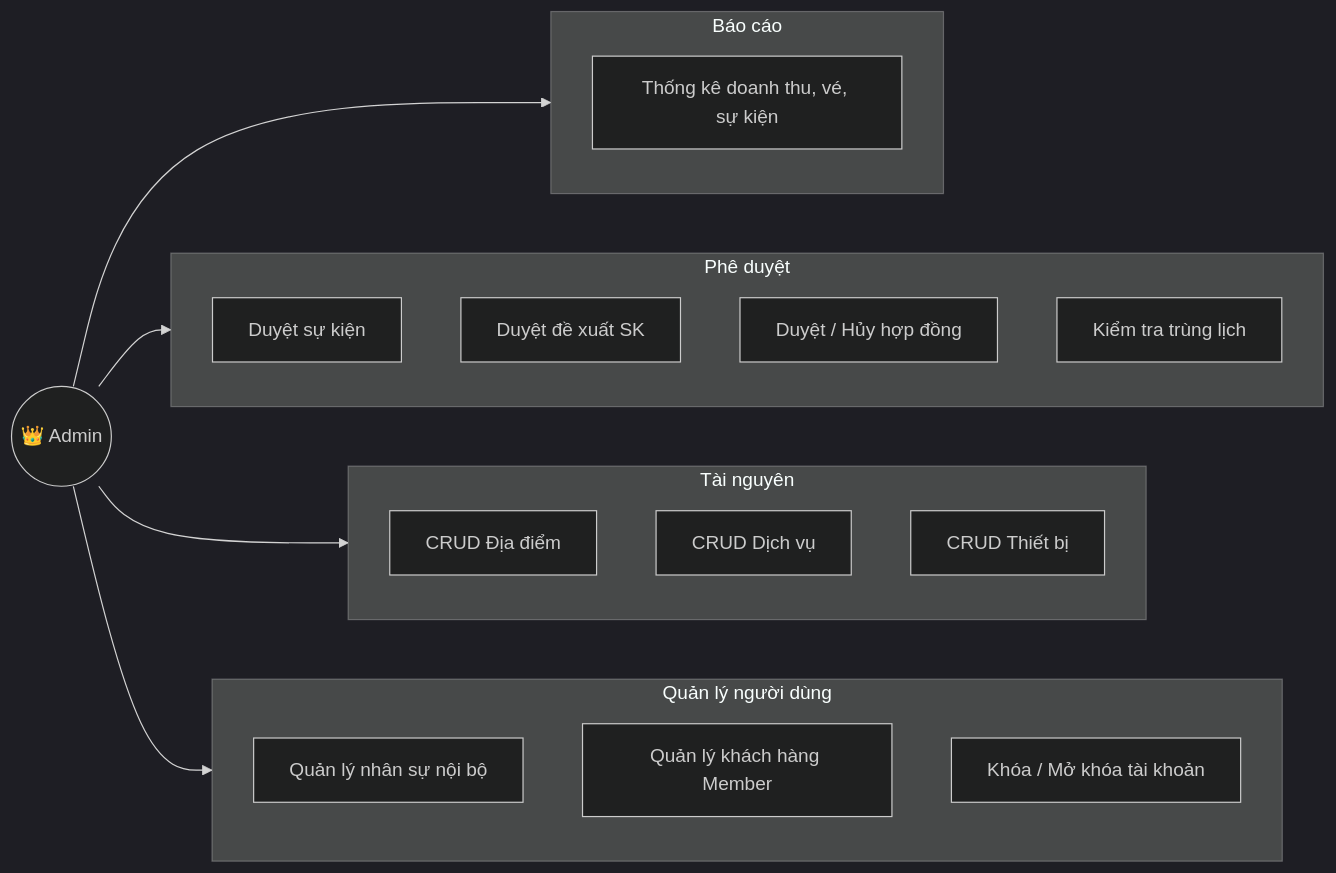
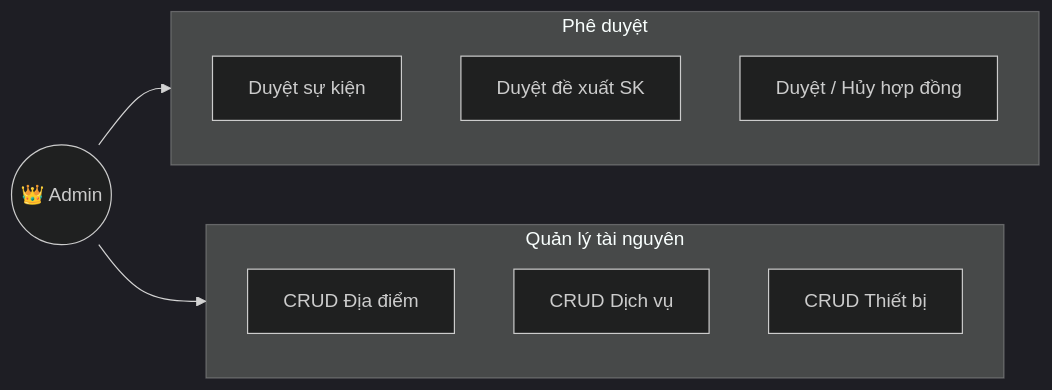
One commit to HoNhutHao-1006/Baocaocuoiki-GVNguyenTanPhuoc changed the third of 10 diagrams in README.md. Above: the diagram before and after it, drawn with Mermaid (dark theme). The commit also changed other lines of this file and 1 other file, not shown here.

````diff
--- a/README.md
+++ b/README.md
@@ -384,32 +232,16 @@
 ```mermaid
 graph LR
     ADMIN(("👑 Admin"))
-
-    subgraph STATS["Báo cáo"]
-        UC35["Thống kê doanh thu, vé, sự kiện"]
+    subgraph APPROVE["Phê duyệt"]
+        UC_APPROVE_EVT["Duyệt sự kiện"]
+        UC_APPROVE_PROP["Duyệt đề xuất SK"]
+        UC_APPROVE_CTR["Duyệt / Hủy hợp đồng"]
     end
-
-    subgraph APPROVE["Phê duyệt"]
-        UC36["Duyệt sự kiện"]
-        UC37["Duyệt đề xuất SK"]
-        UC38["Duyệt / Hủy hợp đồng"]
-        UC45["Kiểm tra trùng lịch"]
+    subgraph RESOURCE["Quản lý tài nguyên"]
+        UC_LOC["CRUD Địa điểm"]
+        UC_SVC["CRUD Dịch vụ"]
+        UC_DEV["CRUD Thiết bị"]
     end
-
-    subgraph RESOURCE["Tài nguyên"]
-        UC39["CRUD Địa điểm"]
-        UC40["CRUD Dịch vụ"]
-        UC41["CRUD Thiết bị"]
-    end
-
-    subgraph USER_MGMT["Quản lý người dùng"]
-        UC42["Quản lý nhân sự nội bộ"]
-        UC43["Quản lý khách hàng Member"]
-        UC44["Khóa / Mở khóa tài khoản"]
-    end
-
-    ADMIN --> STATS
     ADMIN --> APPROVE
     ADMIN --> RESOURCE
-    ADMIN --> USER_MGMT
 ```
````
